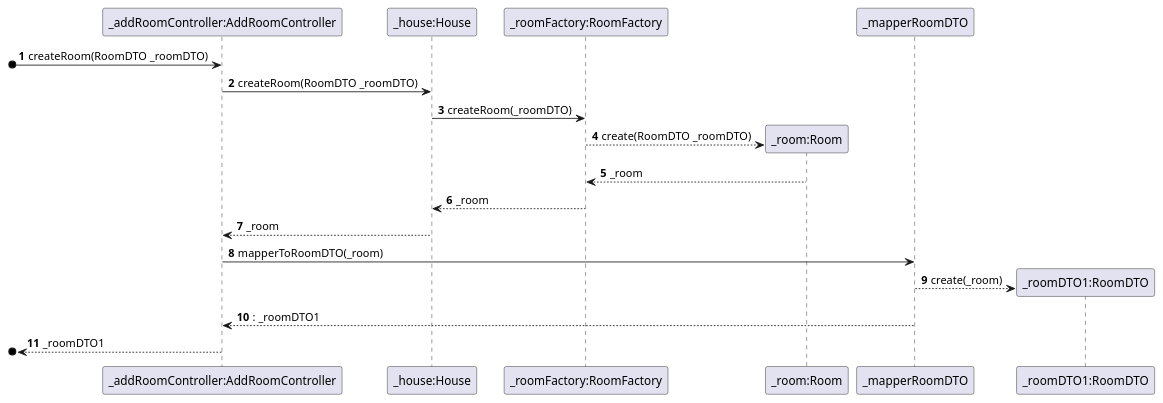
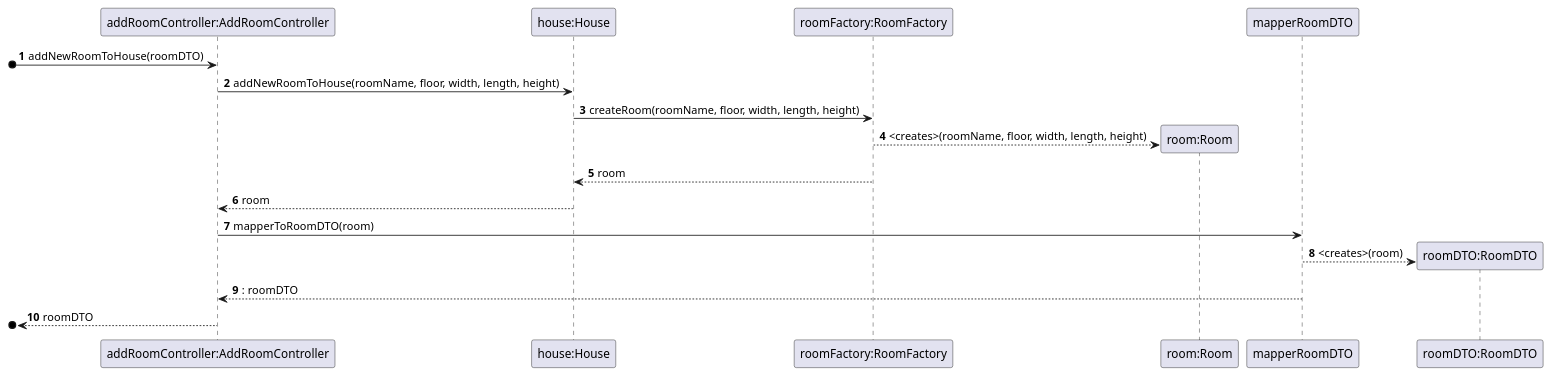
One commit to ozepedrorodrigues/projetoIntermedio changed the diagram in projetoIntermedio/docs/sequence/UseCase02.puml. Above: the diagram before and after it, drawn with PlantUML. The commit also changed 1 other file, not shown here.

Commit message:
UC02 - add UseCase e ClassDiagram

```diff
--- a/projetoIntermedio/docs/sequence/UseCase02.puml
+++ b/projetoIntermedio/docs/sequence/UseCase02.puml
@@ -1,28 +1,29 @@
 @startuml
 
 
 autonumber
 
-participant "_addRoomController:AddRoomController" as ARC
-participant "_house:House" as H
-participant "_roomFactory:RoomFactory" as RF
-participant "_room:Room" as R
-participant "_mapperRoomDTO" as M
-participant "_roomDTO1:RoomDTO" as DTO
+participant "addRoomController:AddRoomController" as ARC
+participant "house:House" as H
+participant "roomFactory:RoomFactory" as RF
+participant "room:Room" as R
+participant "mapperRoomDTO" as M
+participant "roomDTO:RoomDTO" as DTO
 
-[o-> ARC: createRoom(RoomDTO _roomDTO)
-ARC -> H: createRoom(RoomDTO _roomDTO)
-H -> RF: createRoom(_roomDTO)
-RF --> R**: create(RoomDTO _roomDTO)
-R --> RF: _room
-RF --> H: _room
-H --> ARC: _room
-ARC -> M: mapperToRoomDTO(_room)
-M --> DTO**: create(_room)
-M --> ARC: : _roomDTO1
-[o<--ARC: _roomDTO1
+[o-> ARC: addNewRoomToHouse(roomDTO)
+ARC -> H: addNewRoomToHouse(roomName, floor, width, length, height)
+H -> RF: createRoom(roomName, floor, width, length, height)
+RF --> R**: <creates>(roomName, floor, width, length, height)
+H <-- RF: room
+
+
+H --> ARC: room
+ARC -> M: mapperToRoomDTO(room)
+M --> DTO**: <creates>(room)
+M --> ARC: : roomDTO
+[o<--ARC: roomDTO
 
 
 
 
 @enduml
```
